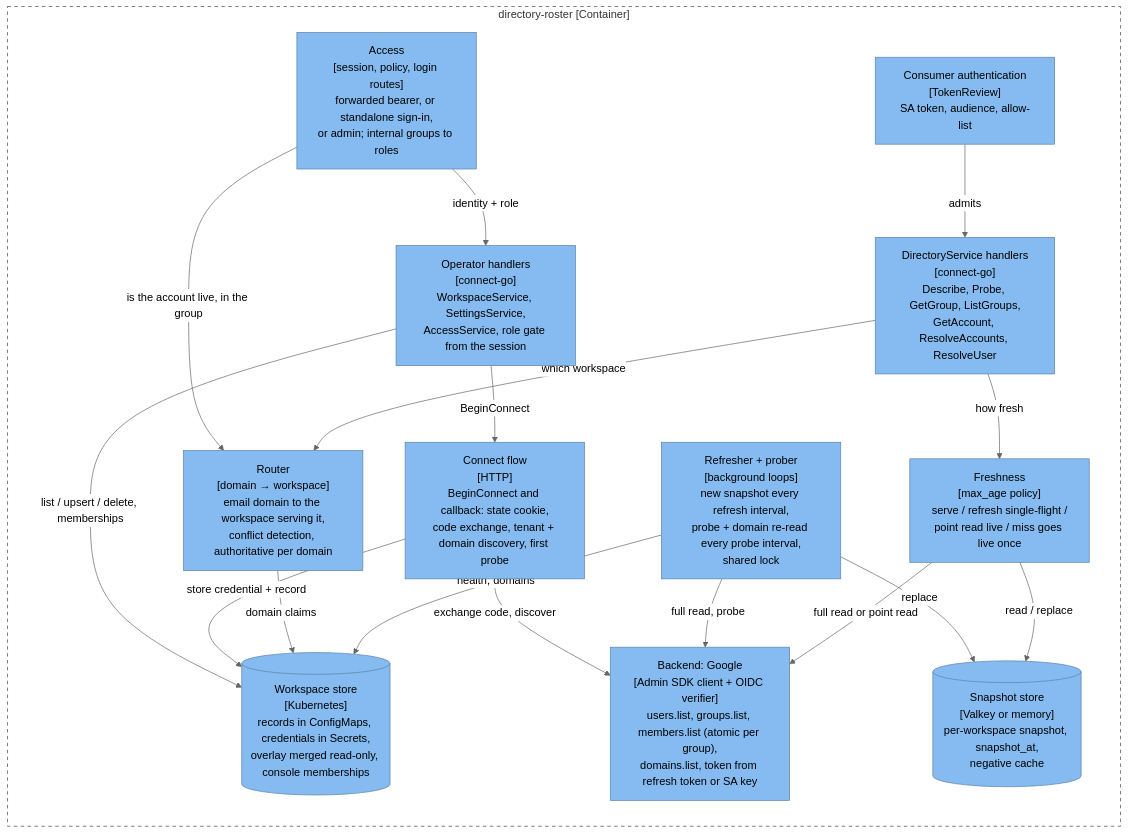
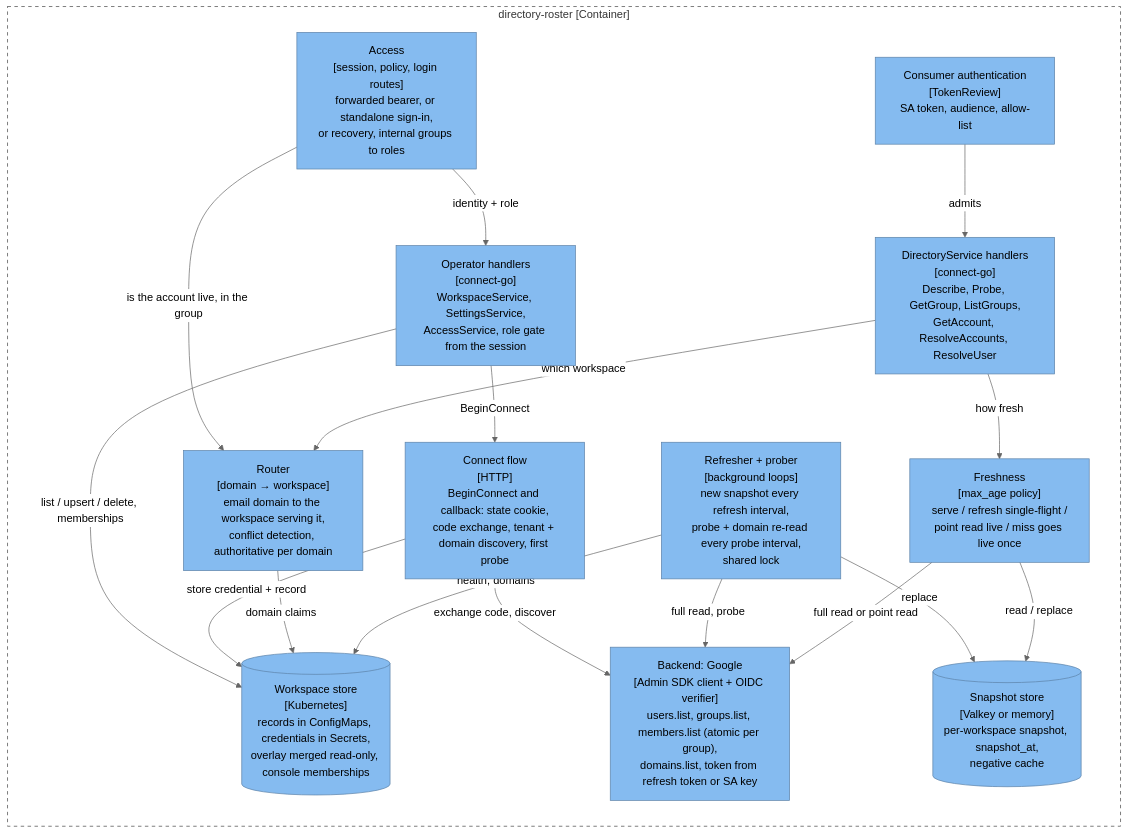
Before and after one commit to truvity/access-roster: the third of 11 diagrams in docs/architecture.md, drawn with Mermaid (neutral theme). The commit also changed other lines of this file and 1 other file, not shown here.

Commit message:
docs: a semicolon in a mermaid message is a statement separator
`Hub->>Hub: verify the state cookie; the signed state names the operator`
split at the semicolon, the second half parsed as a statement with no
arrow, and GitHub rendered "Unable to render rich display" in place of
the whole 5.6 diagram. Introduced by the previous commit.

`just lint` now refuses one, because nothing else in the build reads
these files: the first reader to notice a broken diagram is somebody
reading the documentation.

The same line's neighbour in 5.4 said the console's third way in was
"admin". That was the break-glass password, which recovery replaced.

````diff
--- a/docs/architecture.md
+++ b/docs/architecture.md
@@ -156,43 +156,43 @@
 ```mermaid
 flowchart TB
   subgraph hub["directory-roster [Container]"]
     direction TB
     dirapi["DirectoryService handlers<br/>[connect-go]<br/>Describe, Probe, GetGroup, ListGroups,<br/>GetAccount, ResolveAccounts, ResolveUser"]:::component
     consauth["Consumer authentication<br/>[TokenReview]<br/>SA token, audience, allow-list"]:::component
     opapi["Operator handlers<br/>[connect-go]<br/>WorkspaceService, SettingsService,<br/>AccessService, role gate from the session"]:::component
-    access["Access<br/>[session, policy, login routes]<br/>forwarded bearer, or standalone sign-in,<br/>or admin; internal groups to roles"]:::component
+    access["Access<br/>[session, policy, login routes]<br/>forwarded bearer, or standalone sign-in,<br/>or recovery, internal groups to roles"]:::component
     connect["Connect flow<br/>[HTTP]<br/>BeginConnect and callback: state cookie,<br/>code exchange, tenant + domain discovery, first probe"]:::component
     router["Router<br/>[domain → workspace]<br/>email domain to the workspace serving it,<br/>conflict detection, authoritative per domain"]:::component
     fresh["Freshness<br/>[max_age policy]<br/>serve / refresh single-flight /<br/>point read live / miss goes live once"]:::component
     refresher["Refresher + prober<br/>[background loops]<br/>new snapshot every refresh interval,<br/>probe + domain re-read every probe interval,<br/>shared lock"]:::component
     wsstore[("Workspace store<br/>[Kubernetes]<br/>records in ConfigMaps, credentials in Secrets,<br/>overlay merged read-only, console memberships")]:::component
     backend["Backend: Google<br/>[Admin SDK client + OIDC verifier]<br/>users.list, groups.list, members.list (atomic per group),<br/>domains.list, token from refresh token or SA key"]:::component
     snap[("Snapshot store<br/>[Valkey or memory]<br/>per-workspace snapshot, snapshot_at,<br/>negative cache")]:::component
   end
 
   consauth -- "admits" --> dirapi
   access -- "identity + role" --> opapi
   access -- "is the account live, in the group" --> router
   opapi -- "BeginConnect" --> connect
   opapi -- "list / upsert / delete, memberships" --> wsstore
   connect -- "store credential + record" --> wsstore
   connect -- "exchange code, discover" --> backend
   dirapi -- "which workspace" --> router
   dirapi -- "how fresh" --> fresh
   router -- "domain claims" --> wsstore
   refresher -- "health, domains" --> wsstore
   refresher -- "full read, probe" --> backend
   refresher -- "replace" --> snap
   fresh -- "full read or point read" --> backend
   fresh -- "read / replace" --> snap
 
   classDef person fill:#08427b,stroke:#052e56,color:#fff
   classDef system fill:#1168bd,stroke:#0b4884,color:#fff
   classDef ext fill:#999999,stroke:#6b6b6b,color:#fff
   classDef hub fill:#0E7C7B,stroke:#0A5958,color:#fff
   classDef hubStore fill:#5FA9A7,stroke:#0A5958,color:#fff
   classDef token fill:#4A4FB5,stroke:#33378A,color:#fff
   classDef tokenStore fill:#8A8DD1,stroke:#33378A,color:#fff
   classDef component fill:#85bbf0,stroke:#5d82a8,color:#000
   style hub fill:none,stroke:#444,stroke-dasharray:5 5
 ```
````
